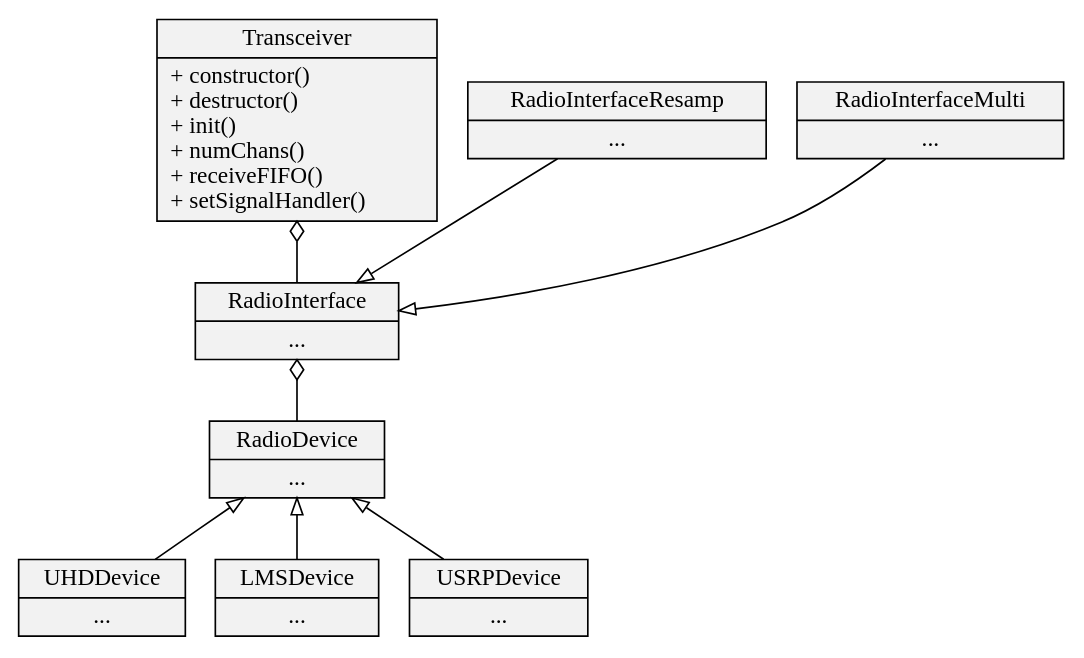
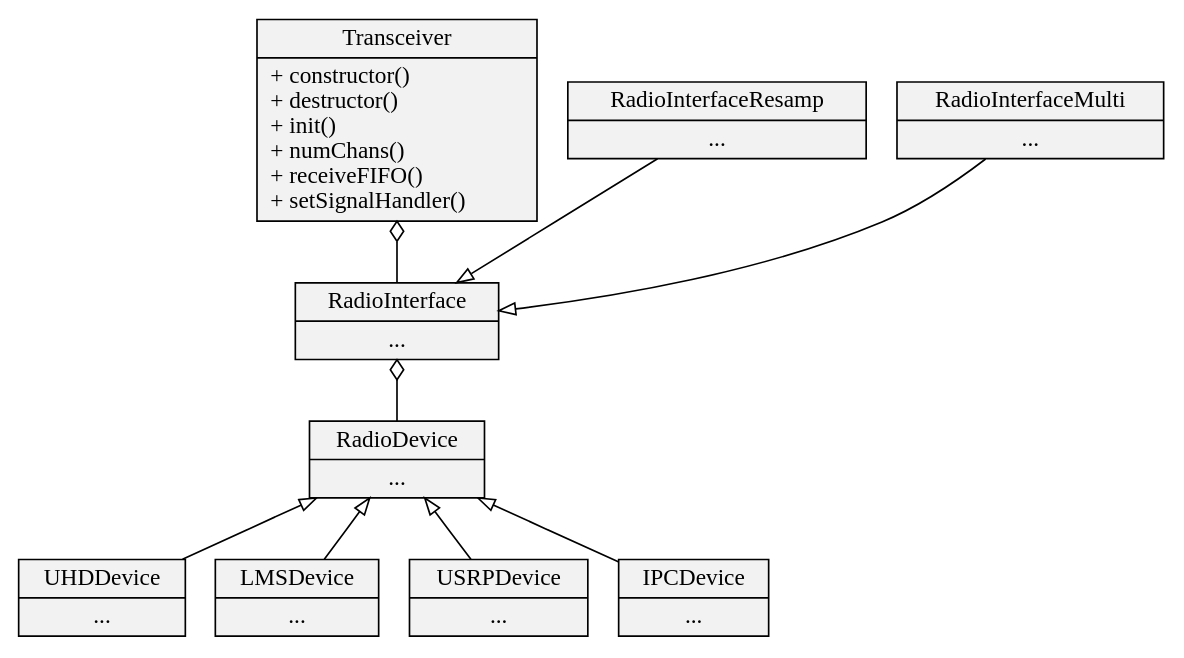
Before and after one commit to osmocom/osmo-trx: the first of 2 diagrams in doc/manuals/chapters/code-architecture.adoc, drawn with Graphviz. The commit also changed 3 other files, not shown here.

```diff
--- a/doc/manuals/chapters/code-architecture.adoc
+++ b/doc/manuals/chapters/code-architecture.adoc
@@ -6,24 +6,26 @@
 [graphviz]
 ----
 digraph hierarchy {
 node[shape=record,style=filled,fillcolor=gray95]
 edge[dir=back, arrowtail=empty]
 
 2[label = "{Transceiver|+ constructor()\l+ destructor()\l+ init()\l+ numChans()\l+ receiveFIFO()\l+ setSignalHandler()\l}"]
 3[label = "{RadioInterface|...}"]
 4[label = "{RadioInterfaceResamp|...}"]
 5[label = "{RadioInterfaceMulti|...}"]
 6[label = "{RadioDevice|...}"]
 7[label = "{UHDDevice|...}"]
 8[label = "{LMSDevice|...}"]
 9[label = "{USRPDevice|...}"]
+10[label = "{IPCDevice|...}"]
 
 2->3[arrowtail=odiamond]
 3->4[constraint=false]
 3->5[constraint=false]
 3->6[arrowtail=odiamond]
 6->7
 6->8
 6->9
+6->10
 }
 ----
```
